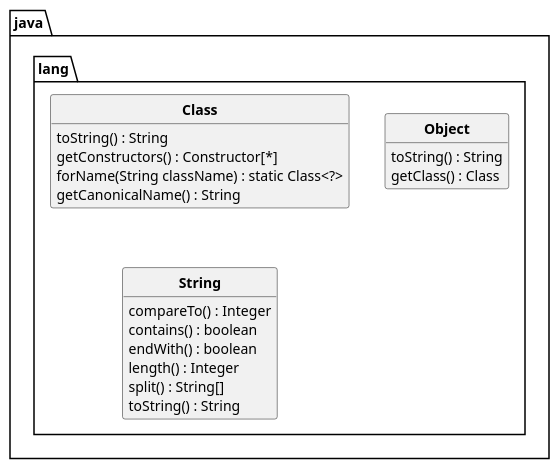
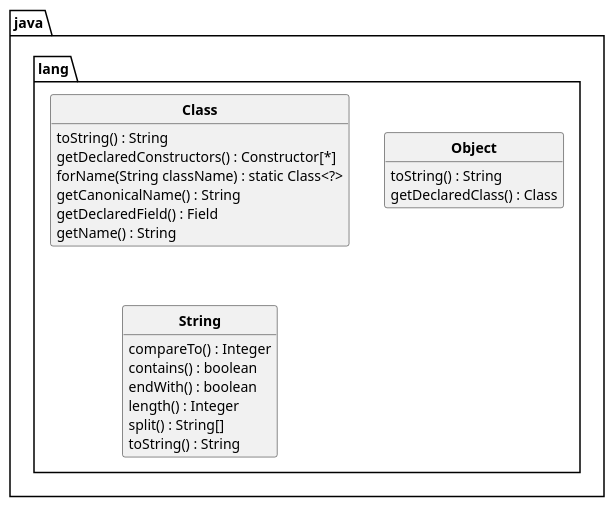
One commit to D3B1RUM4N/SAE_P21 changed the diagram in semaine1/S1_P21/UML/DC_API.puml. Above: the diagram before and after it, drawn with PlantUML.

Commit message:
v ameliorer non verifier 4h de taf

```diff
--- a/semaine1/S1_P21/UML/DC_API.puml
+++ b/semaine1/S1_P21/UML/DC_API.puml
@@ -1,59 +1,62 @@
 @startuml
 'https://plantuml.com/class-diagram
 
 skinparam style strictuml
 skinparam classAttributeIconSize 0
 skinparam classFontStyle Bold
 hide empty members
 
 package java.lang
 {
     class Class
     {
         toString() : String
-        getConstructors() : Constructor[*]
+        getDeclaredConstructors() : Constructor[*]
         forName(String className) : static Class<?>
         getCanonicalName() : String
+        getDeclaredField() : Field
+        getName() : String
+        '   contien le package en plus
     }
 
     class Object
     {
         toString() : String
-        getClass() : Class
+        getDeclaredClass() : Class
     }
 
     class String
     {
         compareTo() : Integer
         contains() : boolean
         endWith() : boolean
         length() : Integer
         split() : String[]
         toString() : String
     }
 }
 
 /'abstract class AbstractList
 abstract AbstractCollection
 interface List
 interface Collection
 
 List <|-- AbstractList
 Collection <|-- AbstractCollection
 
 Collection <|- List
 AbstractCollection <|- AbstractList
 AbstractList <|-- ArrayList
 
 class ArrayList {
 Object[] elementData
 size()
 }
 
 enum TimeUnit {
 DAYS
 HOURS
 MINUTES
 }'/
 
 @enduml
```
